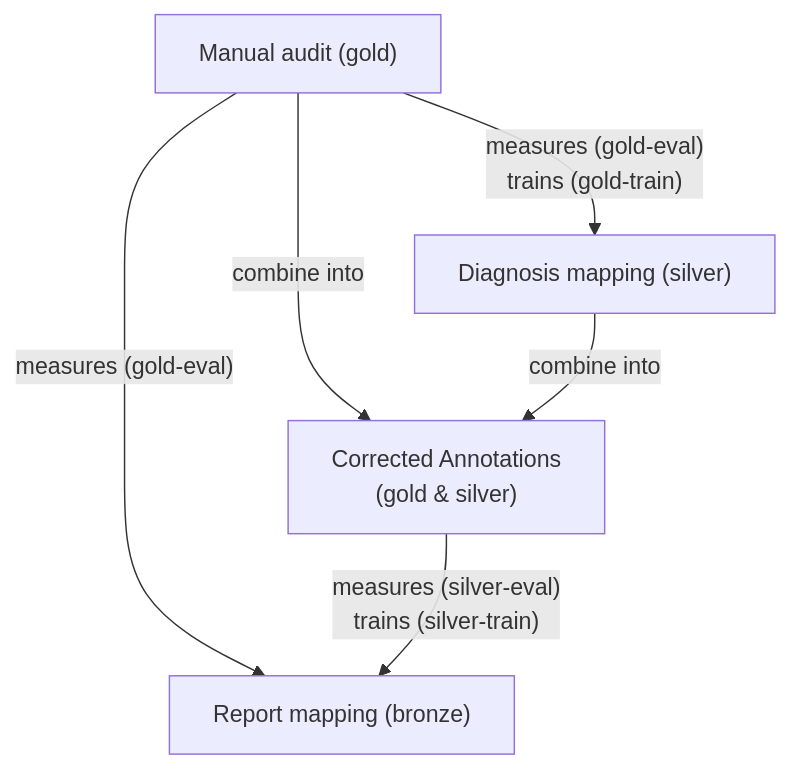
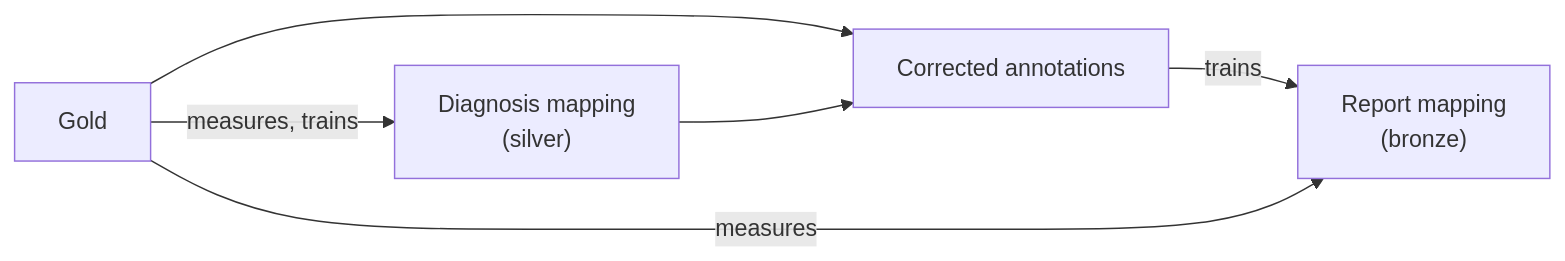
The third of 6 diagrams in ml/documentation/icd-mapping-strategy.md (YugrajD/UC-Davis-VMTH-Cancer-Registry), drawn with Mermaid before and after one commit. The commit also changed other lines of this file, not shown here.

````diff
--- a/ml/documentation/icd-mapping-strategy.md
+++ b/ml/documentation/icd-mapping-strategy.md
@@ -154,13 +148,8 @@
 ```mermaid
-flowchart TD
-    G["Manual audit (gold)"]
-    S["Diagnosis mapping (silver)"]
-    C["Corrected Annotations <br/>(gold & silver)"]
-    B["Report mapping (bronze)"]
-
-    G -- "measures (gold-eval)<br/>trains (gold-train)" --> S
-    G -- "combine into" --> C
-    S -- "combine into" --> C
-    G -- "measures (gold-eval)" --> B
-    C -- "measures (silver-eval)<br/>trains (silver-train)" --> B
+flowchart LR
+    G["Gold"] -- "measures, trains" --> S["Diagnosis mapping<br/>(silver)"]
+    G --> C["Corrected annotations"]
+    S --> C
+    C -- "trains" --> B["Report mapping<br/>(bronze)"]
+    G -- "measures" --> B
 ```
````
